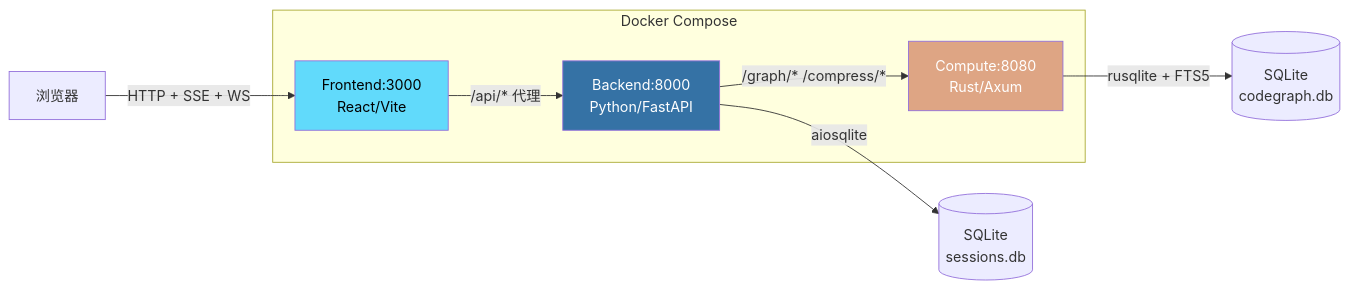
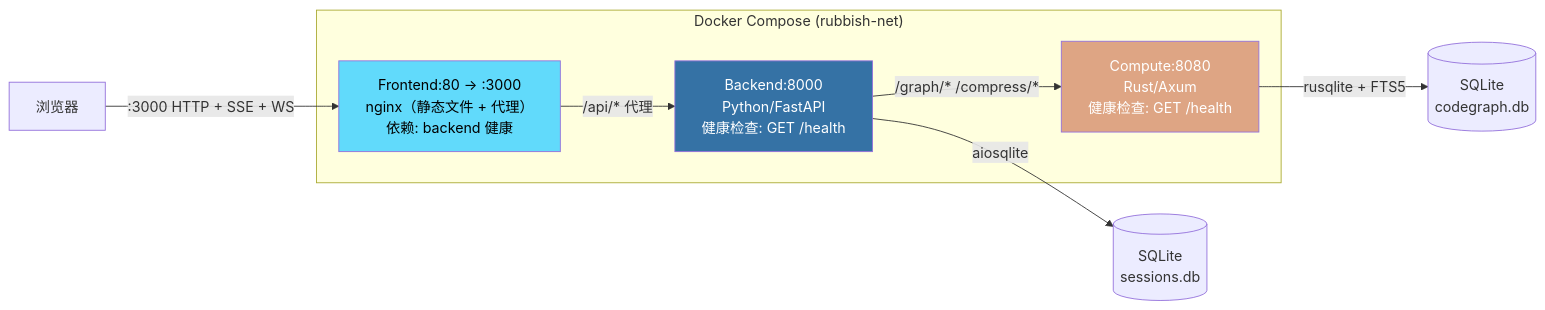
Before and after one commit to YV3507/rubbish: the first of 5 diagrams in docs/zh-CN/ARCHITECTURE.md, drawn with Mermaid. The commit also changed other lines of this file and 13 other files, not shown here.

````diff
--- a/docs/zh-CN/ARCHITECTURE.md
+++ b/docs/zh-CN/ARCHITECTURE.md
@@ -5,18 +5,18 @@
 ```mermaid
 graph LR
-    subgraph "Docker Compose"
-        BE["Backend:8000<br/>Python/FastAPI"]
-        CN["Compute:8080<br/>Rust/Axum"]
-        FE["Frontend:3000<br/>React/Vite"]
+    subgraph "Docker Compose (rubbish-net)"
+        BE["Backend:8000<br/>Python/FastAPI<br/>健康检查: GET /health"]
+        CN["Compute:8080<br/>Rust/Axum<br/>健康检查: GET /health"]
+        FE["Frontend:80 → :3000<br/>nginx（静态文件 + 代理）<br/>依赖: backend 健康"]
     end
 
-    USER["浏览器"] -->|HTTP + SSE + WS| FE
+    USER["浏览器"] -->|":3000" HTTP + SSE + WS| FE
     FE -->|"/api/*" 代理| BE
     BE -->|"/graph/* /compress/*"| CN
     BE -->|"aiosqlite"| SQLITE[("SQLite<br/>sessions.db")]
     CN -->|"rusqlite + FTS5"| DB[("SQLite<br/>codegraph.db")]
 
     style BE fill:#3572A5,color:#fff
     style CN fill:#DEA584,color:#fff
     style FE fill:#61DAFB,color:#000
 ```
````
